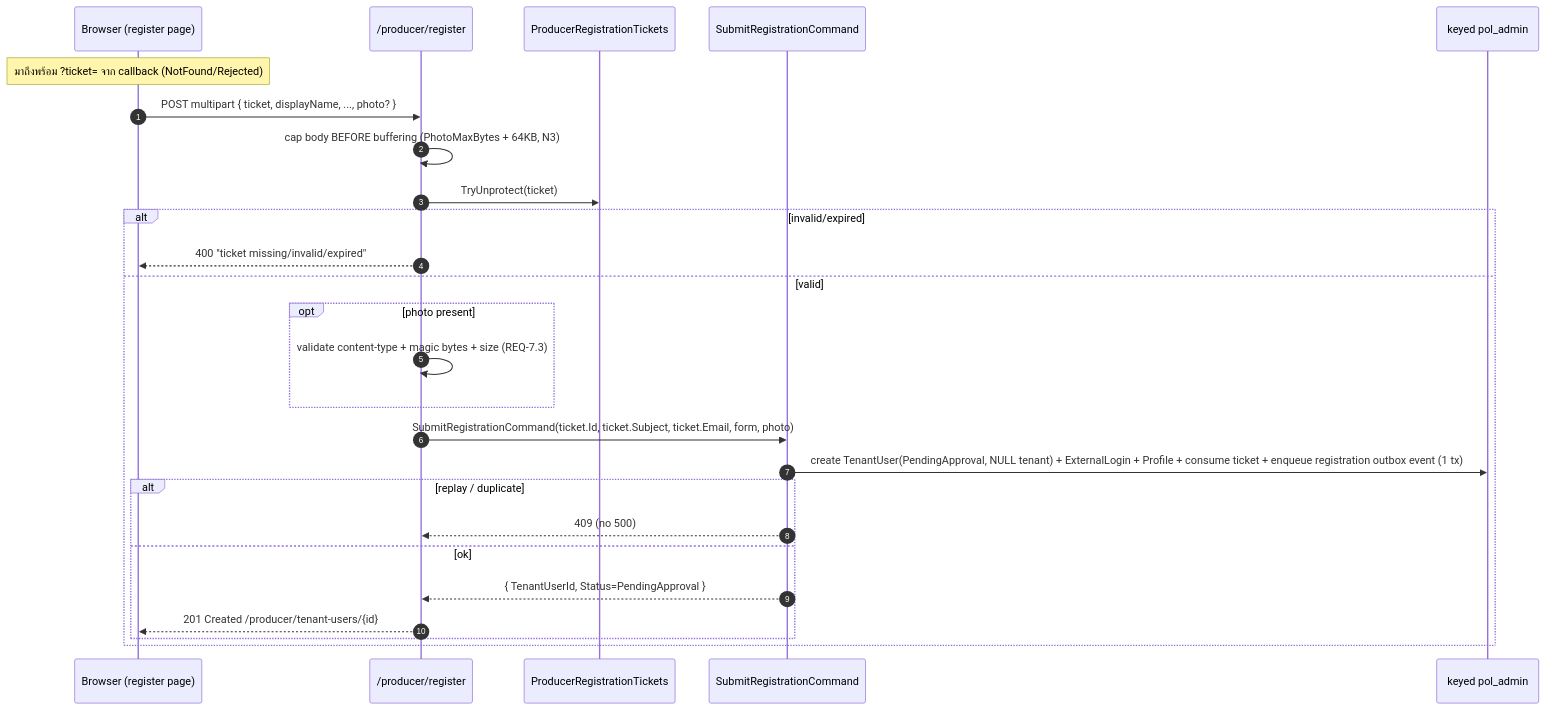
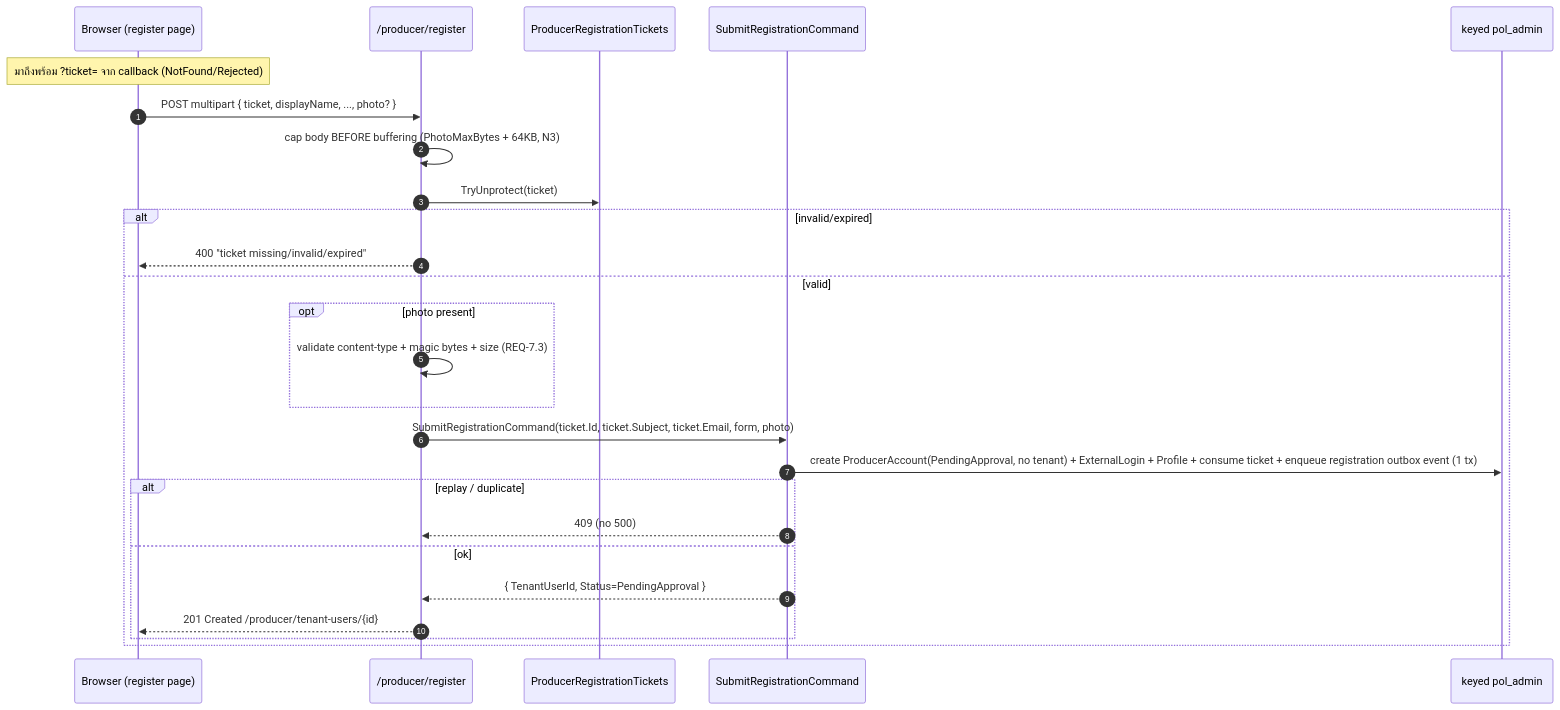
One commit to metrodiesign/pol-core changed the fourth of 7 diagrams in docs/reference/producer-google-sso.md. Above: the diagram before and after it, drawn with Mermaid. The commit also changed other lines of this file and 42 other files, not shown here.

First line of the commit message:
refactor(producer): reshape account to control-plane (Admin parity)

````diff
--- a/docs/reference/producer-google-sso.md
+++ b/docs/reference/producer-google-sso.md
@@ -313,29 +320,29 @@
 ```mermaid
 sequenceDiagram
     autonumber
     participant B as Browser (register page)
     participant API as /producer/register
     participant T as ProducerRegistrationTickets
     participant SR as SubmitRegistrationCommand
     participant DB as keyed pol_admin
 
     Note over B: มาถึงพร้อม ?ticket= จาก callback (NotFound/Rejected)
     B->>API: POST multipart { ticket, displayName, ..., photo? }
     API->>API: cap body BEFORE buffering (PhotoMaxBytes + 64KB, N3)
     API->>T: TryUnprotect(ticket)
     alt invalid/expired
         API-->>B: 400 "ticket missing/invalid/expired"
     else valid
         opt photo present
             API->>API: validate content-type + magic bytes + size (REQ-7.3)
         end
         API->>SR: SubmitRegistrationCommand(ticket.Id, ticket.Subject, ticket.Email, form, photo)
-        SR->>DB: create TenantUser(PendingApproval, NULL tenant) + ExternalLogin + Profile + consume ticket + enqueue registration outbox event  (1 tx)
+        SR->>DB: create ProducerAccount(PendingApproval, no tenant) + ExternalLogin + Profile + consume ticket + enqueue registration outbox event  (1 tx)
         alt replay / duplicate
             SR-->>API: 409 (no 500)
         else ok
             SR-->>API: { TenantUserId, Status=PendingApproval }
             API-->>B: 201 Created /producer/tenant-users/{id}
         end
     end
 ```
````
